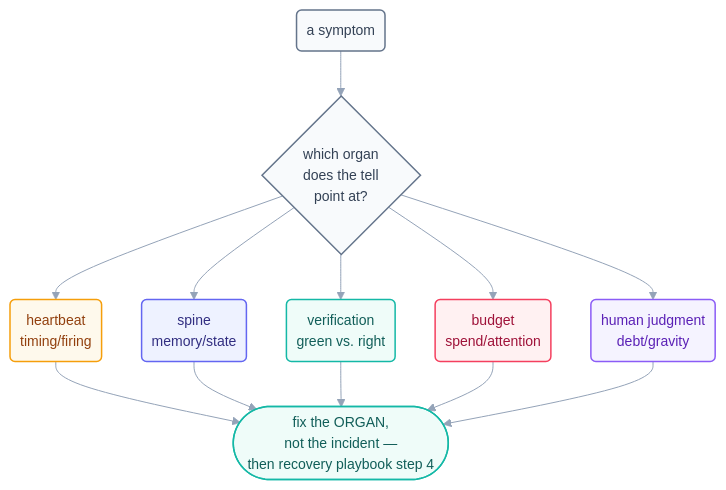
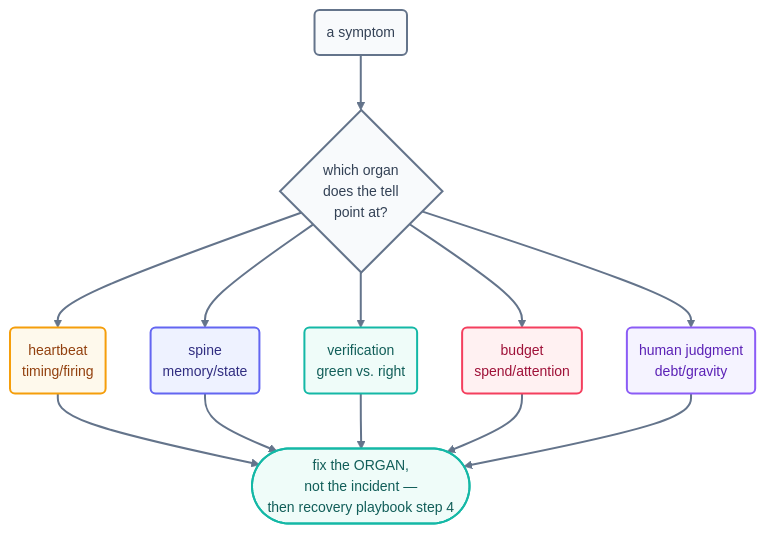
Before and after one commit to ayeshakhalid192007-dev/LoopEngineering-CrashCourse: the diagram in docs/10-operating/failure-modes.md, drawn with Mermaid. The commit also changed 66 other files, not shown here.

First line of the commit message:
docs(diagrams): bolden and unify all 70 mermaid diagrams

````diff
--- a/docs/10-operating/failure-modes.md
+++ b/docs/10-operating/failure-modes.md
@@ -61,18 +61,19 @@
 ```mermaid
-%%{init: {'theme':'base','themeVariables':{'fontFamily':'ui-sans-serif, system-ui, sans-serif','fontSize':'14px','lineColor':'#94a3b8'},'flowchart':{'curve':'basis','nodeSpacing':40,'rankSpacing':45,'padding':10}}}%%
+%%{init: {'theme':'base','themeVariables':{'fontFamily':'ui-sans-serif, system-ui, sans-serif','fontSize':'14px','lineColor':'#64748b','edgeLabelBackground':'#f8fafc'},'flowchart':{'curve':'basis','nodeSpacing':45,'rankSpacing':55,'padding':12}}}%%
 flowchart TD
     S("a symptom"):::q --> O{"which organ<br/>does the tell<br/>point at?"}:::q
     O --> HBt("heartbeat<br/>timing/firing"):::hb
     O --> SPt("spine<br/>memory/state"):::sp
     O --> VFt("verification<br/>green vs. right"):::vf
     O --> BGt("budget<br/>spend/attention"):::bg
     O --> HJt("human judgment<br/>debt/gravity"):::hj
     HBt & SPt & VFt & BGt & HJt --> FIX(["fix the ORGAN,<br/>not the incident —<br/>then recovery playbook step 4"]):::win
-    classDef q fill:#f8fafc,stroke:#64748b,stroke-width:1.5px,color:#334155;
-    classDef hb fill:#fef9ec,stroke:#f59e0b,stroke-width:1.5px,color:#92400e;
-    classDef sp fill:#eef2ff,stroke:#6366f1,stroke-width:1.5px,color:#312e81;
-    classDef vf fill:#effcf9,stroke:#14b8a6,stroke-width:1.5px,color:#115e59;
-    classDef bg fill:#fff1f2,stroke:#f43f5e,stroke-width:1.5px,color:#9f1239;
-    classDef hj fill:#f5f3ff,stroke:#8b5cf6,stroke-width:1.5px,color:#5b21b6;
-    classDef win fill:#effcf9,stroke:#14b8a6,stroke-width:1.5px,color:#115e59;
+    linkStyle default stroke:#64748b,stroke-width:2px;
+    classDef q fill:#f8fafc,stroke:#64748b,stroke-width:2px,color:#334155;
+    classDef hb fill:#fef9ec,stroke:#f59e0b,stroke-width:2px,color:#92400e;
+    classDef sp fill:#eef2ff,stroke:#6366f1,stroke-width:2px,color:#312e81;
+    classDef vf fill:#effcf9,stroke:#14b8a6,stroke-width:2px,color:#115e59;
+    classDef bg fill:#fff1f2,stroke:#f43f5e,stroke-width:2px,color:#9f1239;
+    classDef hj fill:#f5f3ff,stroke:#8b5cf6,stroke-width:2px,color:#5b21b6;
+    classDef win fill:#effcf9,stroke:#14b8a6,stroke-width:2px,color:#115e59;
 ```
````
